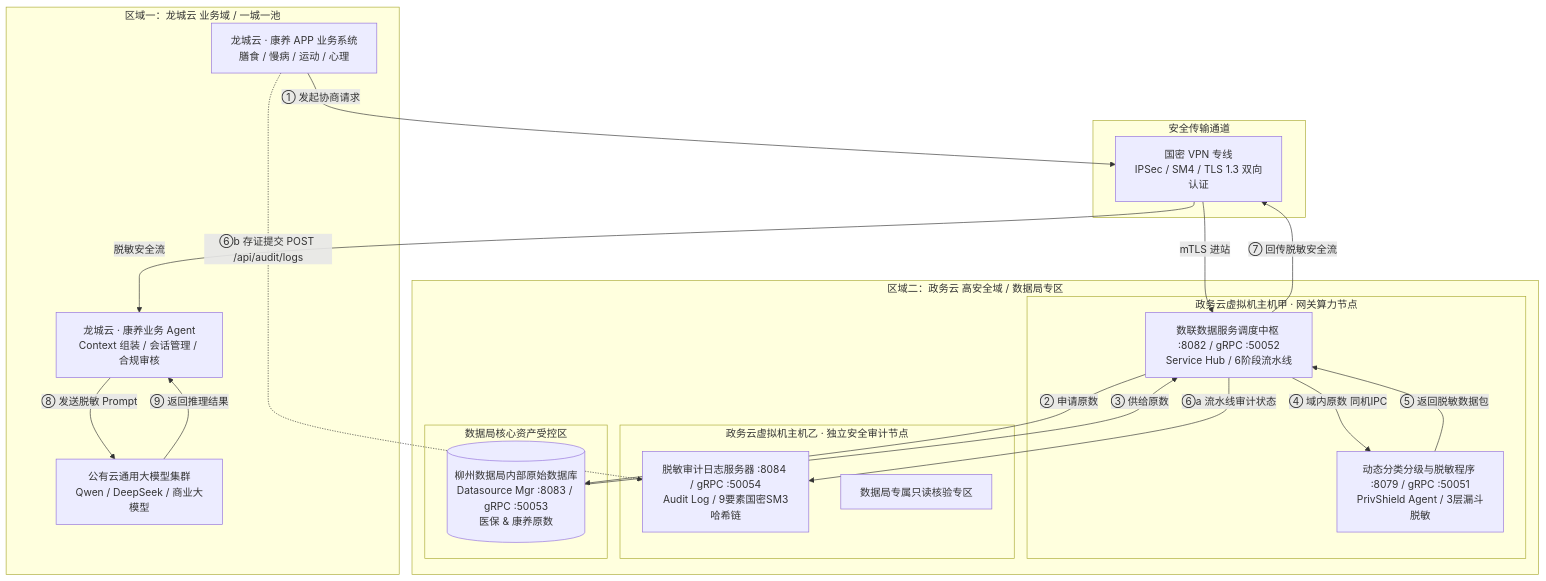
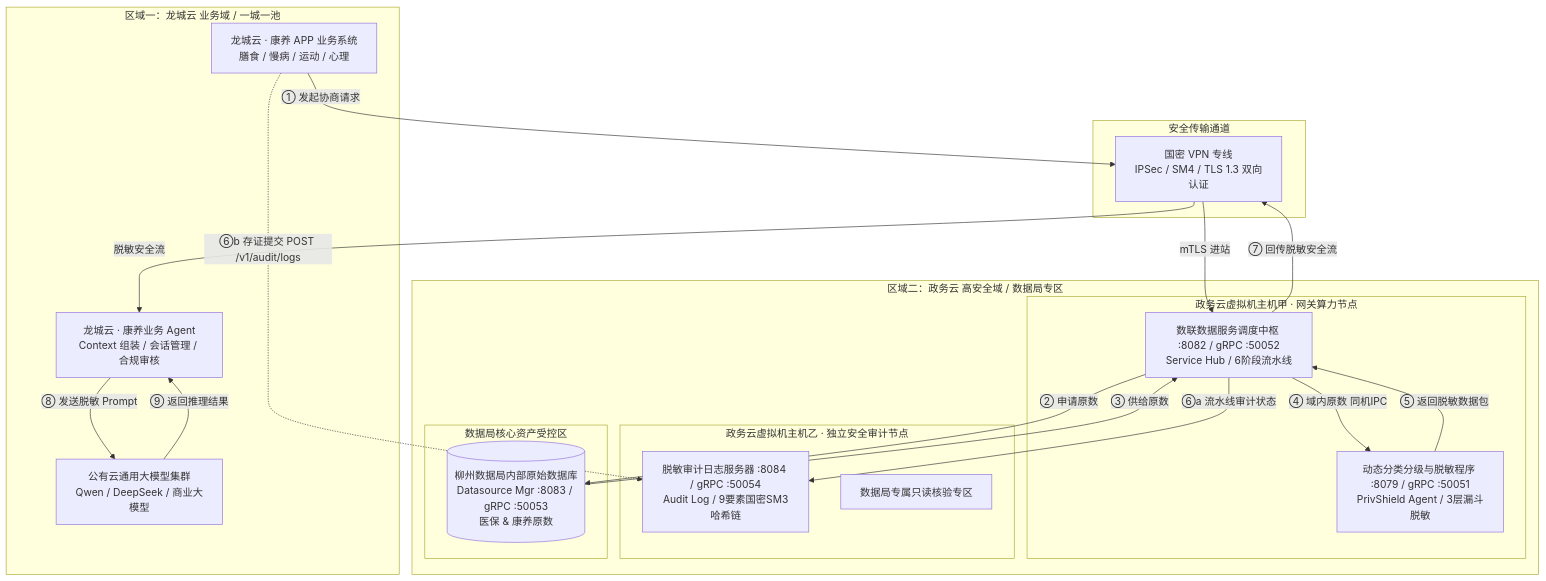
Before and after one commit to fengzhizi319/PrivShield-go: the first of 5 diagrams in docs/architecture/liuzhou_govcloud_data_security_architecture.md, drawn with Mermaid. The commit also changed other lines of this file and 162 other files, not shown here.

````diff
--- a/docs/architecture/liuzhou_govcloud_data_security_architecture.md
+++ b/docs/architecture/liuzhou_govcloud_data_security_architecture.md
@@ -123,41 +123,41 @@
 ```mermaid
 graph TD
     subgraph ZoneA [区域一：龙城云 业务域 / 一城一池]
         AppLZ[龙城云 · 康养 APP 业务系统<br/>膳食 / 慢病 / 运动 / 心理]
         AgentLZ[龙城云 · 康养业务 Agent<br/>Context 组装 / 会话管理 / 合规审核]
         ExtLLM[公有云通用大模型集群<br/>Qwen / DeepSeek / 商业大模型]
     end
 
     subgraph ZoneVPN [安全传输通道]
         VPN[国密 VPN 专线<br/>IPSec / SM4 / TLS 1.3 双向认证]
     end
 
     subgraph ZoneB [区域二：政务云 高安全域 / 数据局专区]
         subgraph Server1 [政务云虚拟机主机甲 · 网关算力节点]
             Hub[数联数据服务调度中枢 :8082 / gRPC :50052<br/>Service Hub / 6阶段流水线]
             Engine[动态分类分级与脱敏程序 :8079 / gRPC :50051<br/>PrivShield Agent / 3层漏斗脱敏]
         end
 
         subgraph Server2 [政务云虚拟机主机乙 · 独立安全审计节点]
             Audit[脱敏审计日志服务器 :8084 / gRPC :50054<br/>Audit Log / 9要素国密SM3哈希链]
             AuditUI[数据局专属只读核验专区]
         end
 
         subgraph BureauDB [数据局核心资产受控区]
             DB[(柳州数据局内部原始数据库<br/>Datasource Mgr :8083 / gRPC :50053<br/>医保 & 康养原数)]
         end
     end
 
     AppLZ -->|① 发起协商请求| VPN
     VPN -->|mTLS 进站| Hub
     Hub -->|② 申请原数| DB
     DB -->|③ 供给原数| Hub
     Hub -->|④ 域内原数 同机IPC| Engine
     Engine -->|⑤ 返回脱敏数据包| Hub
     Hub -->|⑥a 流水线审计状态| Audit
-    AppLZ -.->|⑥b 存证提交 POST /api/audit/logs| Audit
+    AppLZ -.->|⑥b 存证提交 POST /v1/audit/logs| Audit
     Hub -->|⑦ 回传脱敏安全流| VPN
     VPN -->|脱敏安全流| AgentLZ
     AgentLZ -->|⑧ 发送脱敏 Prompt| ExtLLM
     ExtLLM -->|⑨ 返回推理结果| AgentLZ
 ```
````
